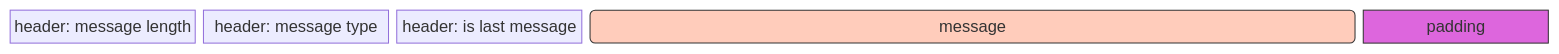
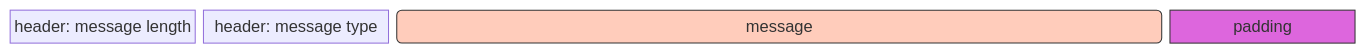
One commit to gc-garcol/cafe-ringbuffer changed the diagram in README.md. Above: the diagram before and after it, drawn with Mermaid. The commit also changed 2 other files, not shown here.

````diff
--- a/README.md
+++ b/README.md
@@ -19,10 +19,9 @@
 ```mermaid
 block-beta
     1["header: message length"]:1
     2["header: message type"]:1
-    3["header: is last message"]:1
     4("message"):4
     5["padding"]:1
 style 4 fill:#fcb,stroke:#333,color:#fff
 style 5 fill:#d6d,stroke:#333
 ```
````
